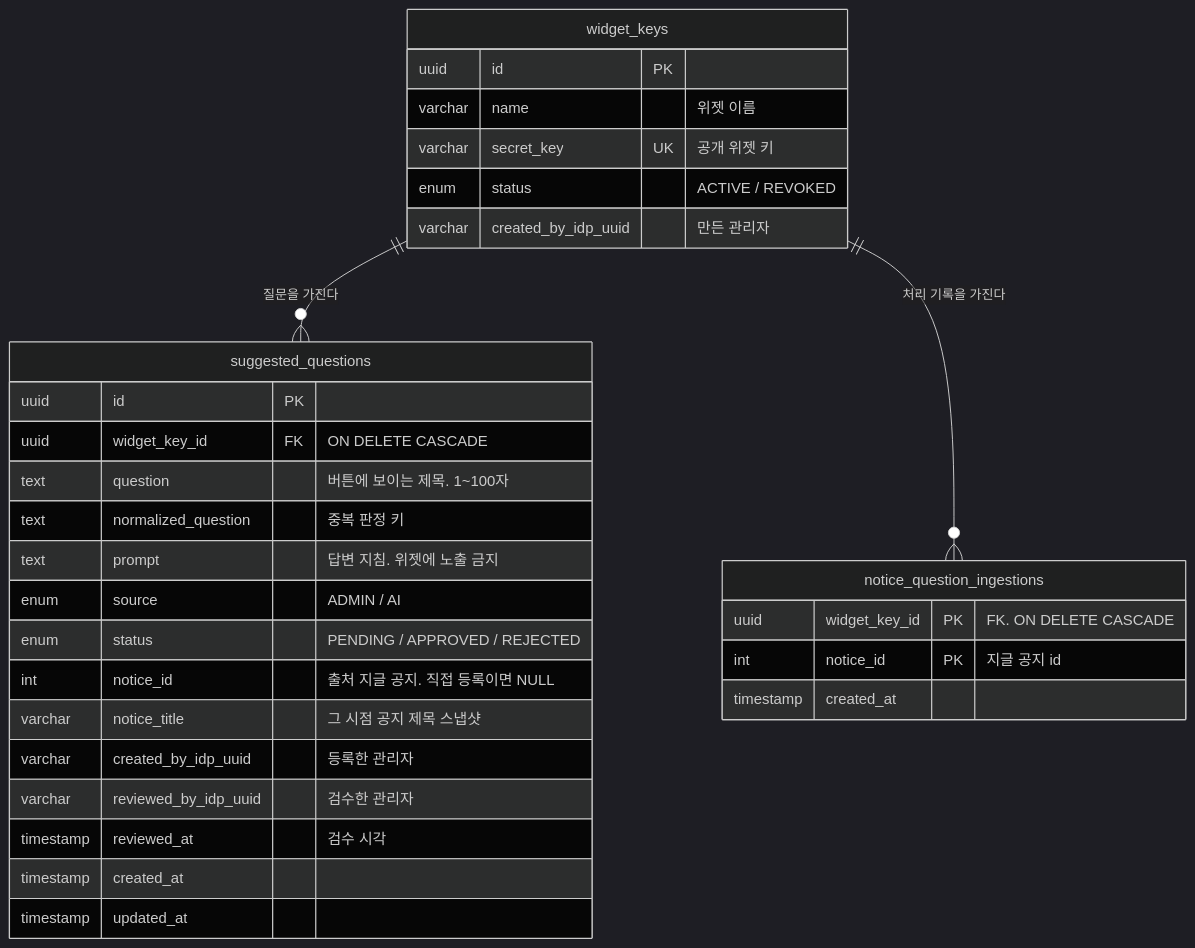
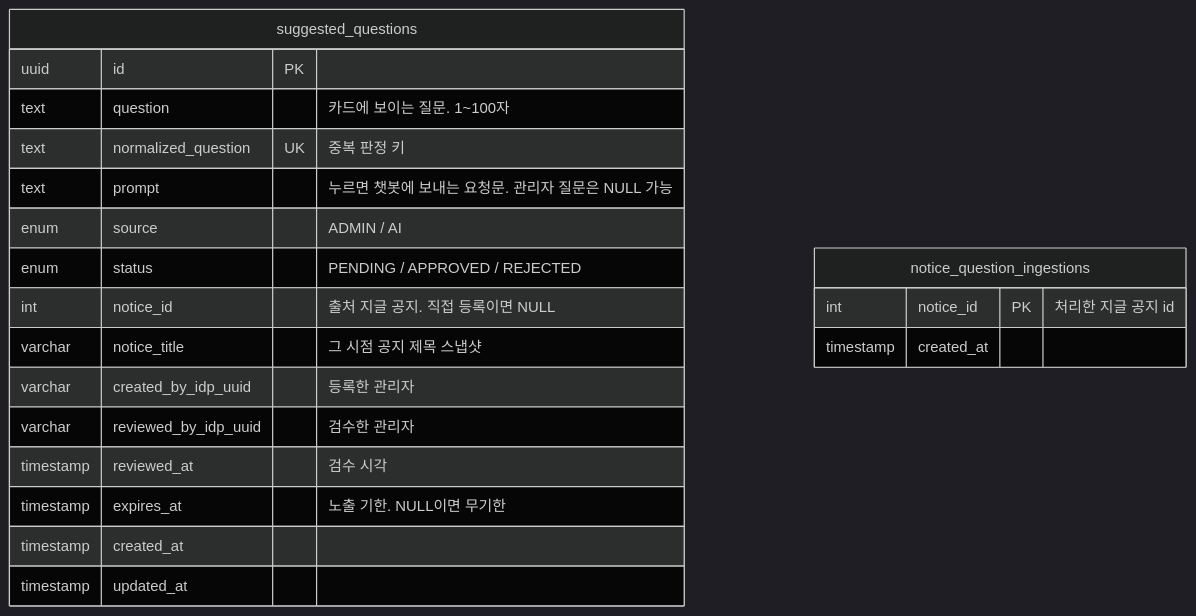
Before and after one commit to gsainfoteam/chatbot-be: the diagram in docs/cha3-21-erd.md, drawn with Mermaid (dark theme). The commit also changed other lines of this file and 3 other files, not shown here.

````diff
--- a/docs/cha3-21-erd.md
+++ b/docs/cha3-21-erd.md
@@ -5,36 +7,24 @@
 ```mermaid
 erDiagram
-    widget_keys ||--o{ suggested_questions : "질문을 가진다"
-    widget_keys ||--o{ notice_question_ingestions : "처리 기록을 가진다"
-
-    widget_keys {
-        uuid id PK
-        varchar name "위젯 이름"
-        varchar secret_key UK "공개 위젯 키"
-        enum status "ACTIVE / REVOKED"
-        varchar created_by_idp_uuid "만든 관리자"
-    }
-
     suggested_questions {
         uuid id PK
-        uuid widget_key_id FK "ON DELETE CASCADE"
-        text question "버튼에 보이는 제목. 1~100자"
-        text normalized_question "중복 판정 키"
-        text prompt "답변 지침. 위젯에 노출 금지"
+        text question "카드에 보이는 질문. 1~100자"
+        text normalized_question UK "중복 판정 키"
+        text prompt "누르면 챗봇에 보내는 요청문. 관리자 질문은 NULL 가능"
         enum source "ADMIN / AI"
         enum status "PENDING / APPROVED / REJECTED"
         int notice_id "출처 지글 공지. 직접 등록이면 NULL"
         varchar notice_title "그 시점 공지 제목 스냅샷"
         varchar created_by_idp_uuid "등록한 관리자"
         varchar reviewed_by_idp_uuid "검수한 관리자"
         timestamp reviewed_at "검수 시각"
+        timestamp expires_at "노출 기한. NULL이면 무기한"
         timestamp created_at
         timestamp updated_at
     }
 
     notice_question_ingestions {
-        uuid widget_key_id PK "FK. ON DELETE CASCADE"
-        int notice_id PK "지글 공지 id"
+        int notice_id PK "처리한 지글 공지 id"
         timestamp created_at
     }
 ```
````
